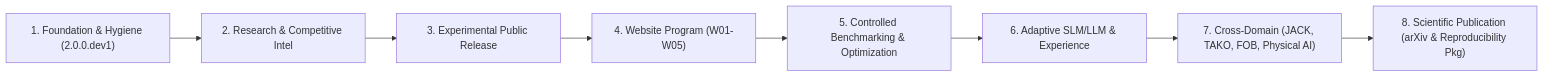
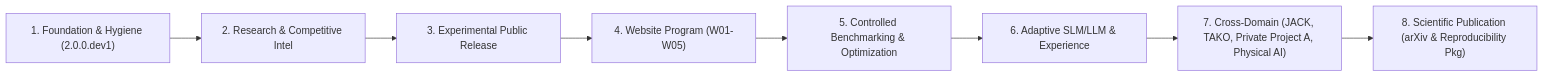
Before and after one commit to mmontielpz/ai-sdlc-lite: the diagram in VISION.md, drawn with Mermaid. The commit also changed 15 other files, not shown here.

First line of the commit message:
docs(confidentiality): redact private project references and record M-01 closure

````diff
--- a/VISION.md
+++ b/VISION.md
@@ -103,10 +103,10 @@
 ```mermaid
 flowchart LR
   F["1. Foundation & Hygiene (2.0.0.dev1)"] --> R["2. Research & Competitive Intel"]
   R --> E["3. Experimental Public Release"]
   E --> W["4. Website Program (W01-W05)"]
   W --> B["5. Controlled Benchmarking & Optimization"]
   B --> H["6. Adaptive SLM/LLM & Experience"]
-  H --> X["7. Cross-Domain (JACK, TAKO, FOB, Physical AI)"]
+  H --> X["7. Cross-Domain (JACK, TAKO, Private Project A, Physical AI)"]
   X --> P["8. Scientific Publication (arXiv & Reproducibility Pkg)"]
 ```
````
